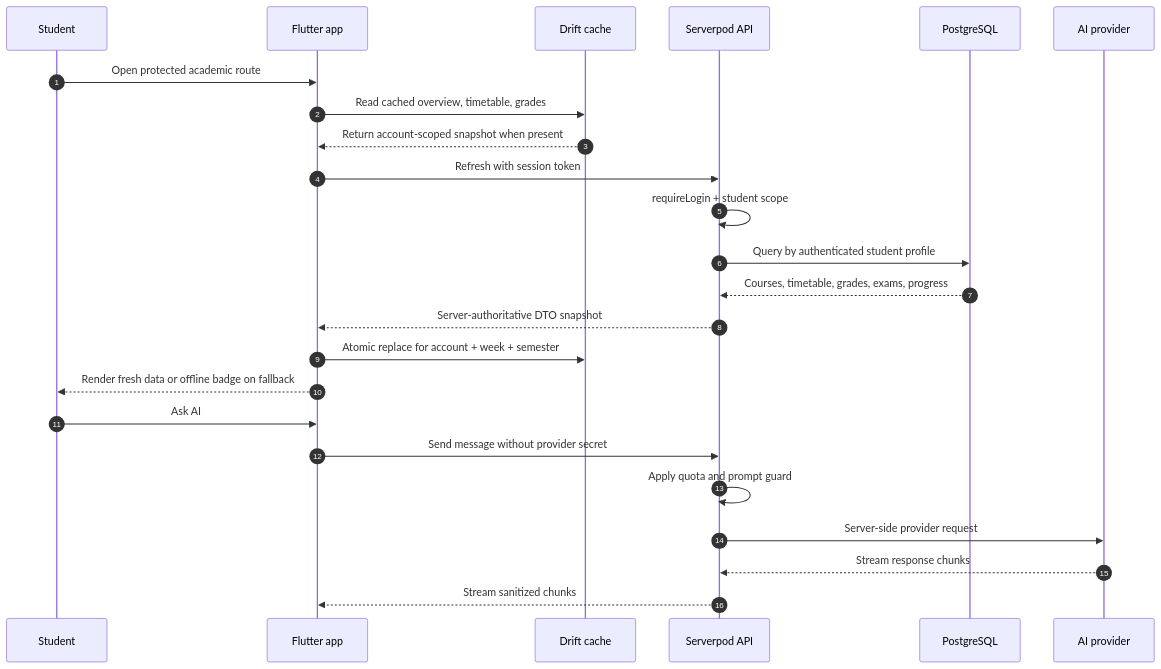
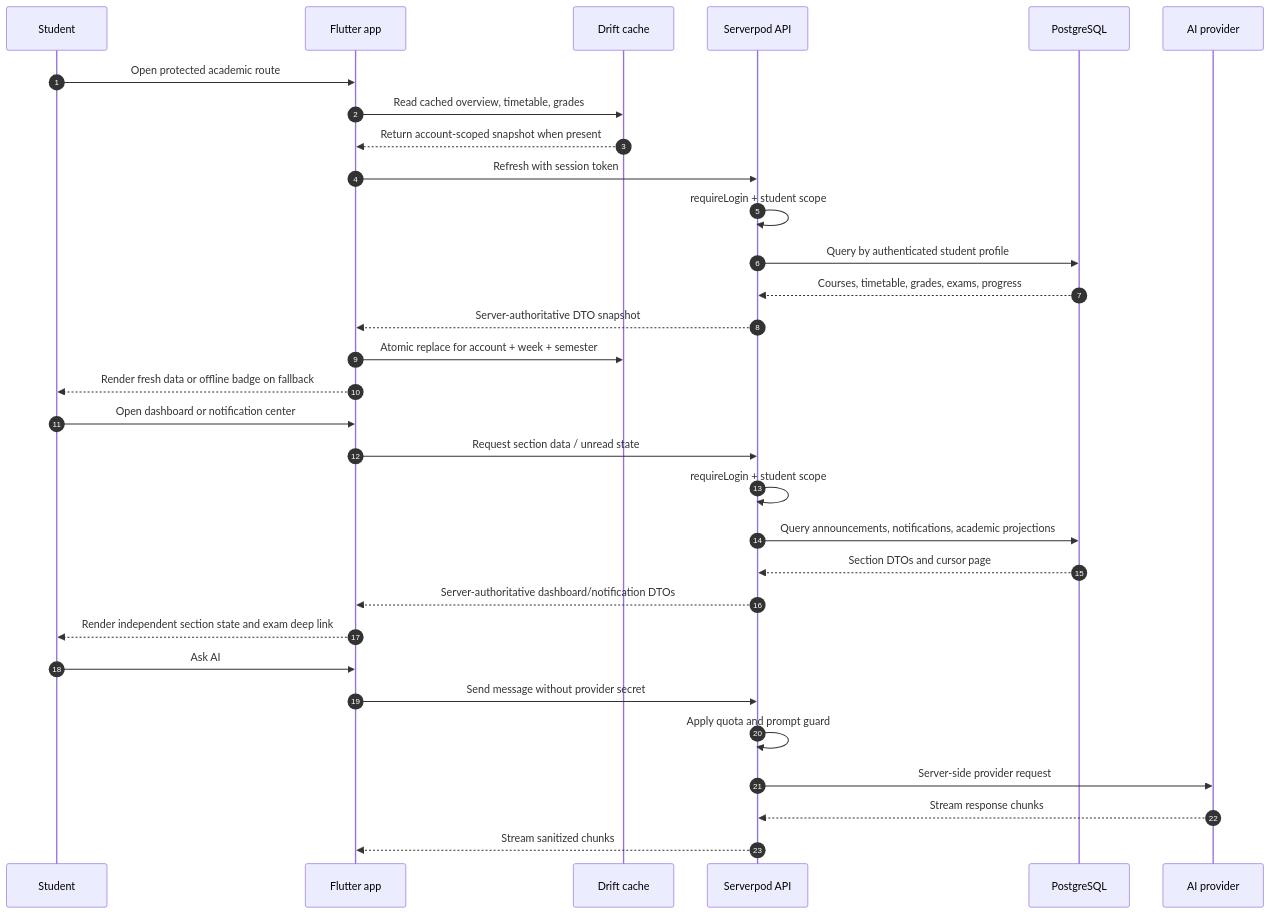
One commit to JasonTM17/CampusMate changed the second of 2 diagrams in docs/architecture.md. Above: the diagram before and after it, drawn with Mermaid. The commit also changed other lines of this file and 70 other files, not shown here.

Commit message:
feat(dashboard): add student notifications

````diff
--- a/docs/architecture.md
+++ b/docs/architecture.md
@@ -74,28 +80,36 @@
 ```mermaid
 sequenceDiagram
     autonumber
     participant Student
     participant Mobile as Flutter app
     participant Cache as Drift cache
     participant API as Serverpod API
     participant DB as PostgreSQL
     participant AI as AI provider
 
     Student->>Mobile: Open protected academic route
     Mobile->>Cache: Read cached overview, timetable, grades
     Cache-->>Mobile: Return account-scoped snapshot when present
     Mobile->>API: Refresh with session token
     API->>API: requireLogin + student scope
     API->>DB: Query by authenticated student profile
     DB-->>API: Courses, timetable, grades, exams, progress
     API-->>Mobile: Server-authoritative DTO snapshot
     Mobile->>Cache: Atomic replace for account + week + semester
     Mobile-->>Student: Render fresh data or offline badge on fallback
 
+    Student->>Mobile: Open dashboard or notification center
+    Mobile->>API: Request section data / unread state
+    API->>API: requireLogin + student scope
+    API->>DB: Query announcements, notifications, academic projections
+    DB-->>API: Section DTOs and cursor page
+    API-->>Mobile: Server-authoritative dashboard/notification DTOs
+    Mobile-->>Student: Render independent section state and exam deep link
+
     Student->>Mobile: Ask AI
     Mobile->>API: Send message without provider secret
     API->>API: Apply quota and prompt guard
     API->>AI: Server-side provider request
     AI-->>API: Stream response chunks
     API-->>Mobile: Stream sanitized chunks
 ```
````
